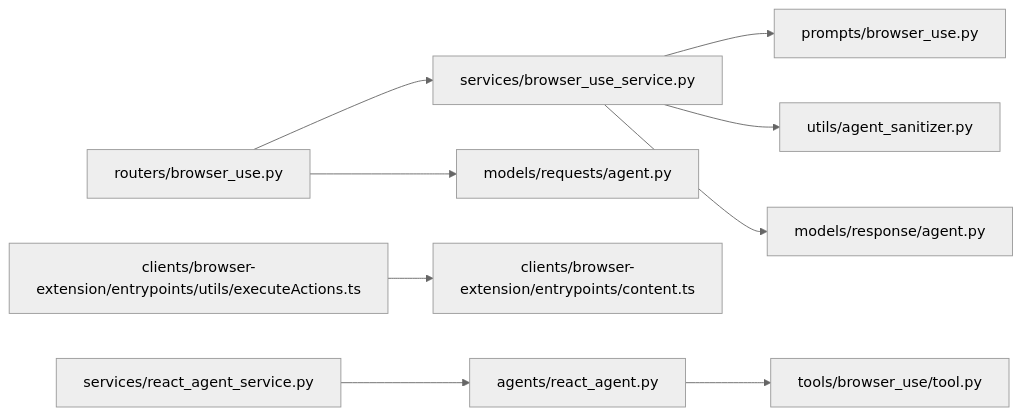
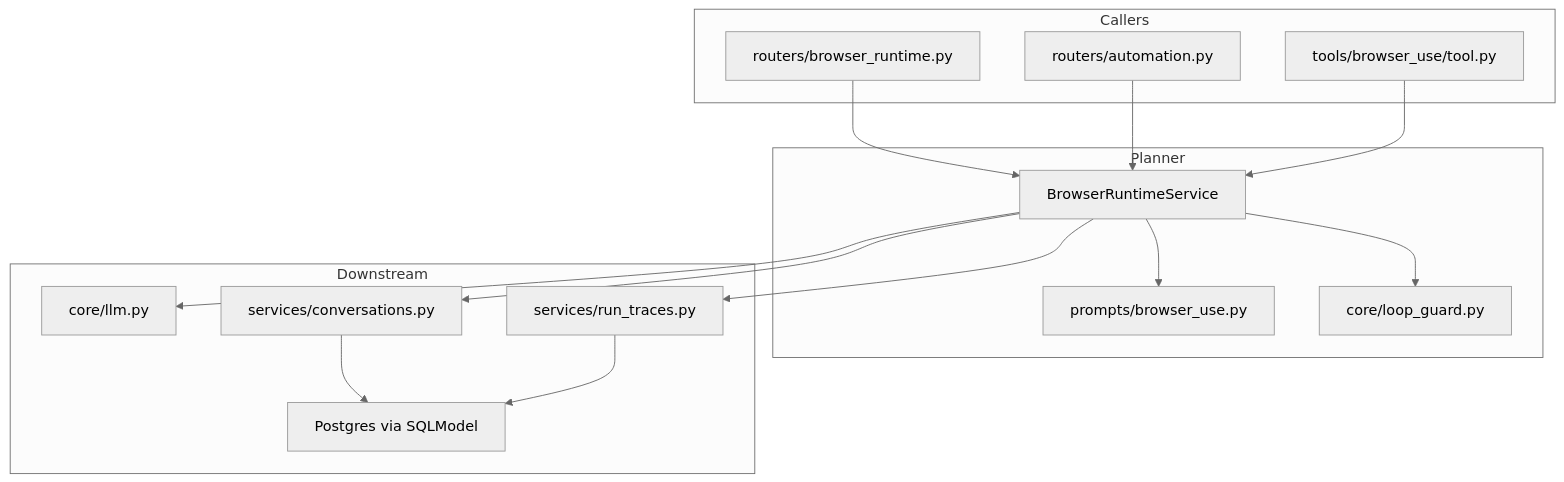
One commit to tashifkhan/tashif.codes changed the sixth of 6 diagrams in src/data/docs/agentic-browser/Browser Automation/Dynamic Script Generation.md. Above: the diagram before and after it, drawn with Mermaid (neutral theme). The commit also changed other lines of this file and 114 other files, not shown here.

````diff
--- a/src/data/docs/agentic-browser/Browser Automation/Dynamic Script Generation.md
+++ b/src/data/docs/agentic-browser/Browser Automation/Dynamic Script Generation.md
@@ -219,11 +168,29 @@
 ```mermaid
-graph LR
-Router["routers/browser_use.py"] --> Service["services/browser_use_service.py"]
-Service --> Prompt["prompts/browser_use.py"]
-Service --> Sanitizer["utils/agent_sanitizer.py"]
-Service --> Models["models/response/agent.py"]
-Router --> ModelsReq["models/requests/agent.py"]
-ExtExec["clients/browser-extension/entrypoints/utils/executeActions.ts"] --> ExtContent["clients/browser-extension/entrypoints/content.ts"]
-AgentSvc["services/react_agent_service.py"] --> AgentGraph["agents/react_agent.py"]
-AgentGraph --> Tools["tools/browser_use/tool.py"]
+graph TB
+  subgraph Callers
+    StartRoute["routers/browser_runtime.py"]
+    OldRoute["routers/automation.py"]
+    Tool["tools/browser_use/tool.py"]
+  end
+  subgraph Planner
+    Svc["BrowserRuntimeService"]
+    Prompt["prompts/browser_use.py"]
+    Guard["core/loop_guard.py"]
+  end
+  subgraph Downstream
+    LLM["core/llm.py"]
+    Convs["services/conversations.py"]
+    Traces["services/run_traces.py"]
+    DB["Postgres via SQLModel"]
+  end
+  StartRoute --> Svc
+  OldRoute --> Svc
+  Tool --> Svc
+  Svc --> Prompt
+  Svc --> Guard
+  Svc --> LLM
+  Svc --> Convs
+  Svc --> Traces
+  Convs --> DB
+  Traces --> DB
 ```
````
